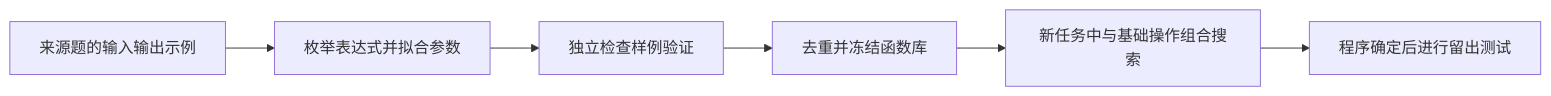
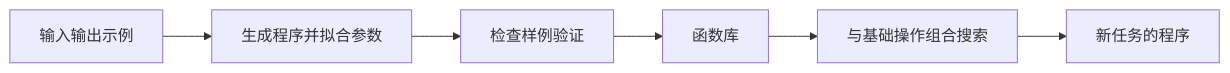
Before and after one commit to nijinhai/reusable-program-library: the diagram in README.md, drawn with Mermaid. The commit also changed other lines of this file and 3 other files, not shown here.

````diff
--- a/README.md
+++ b/README.md
@@ -30,8 +43,8 @@
 ```mermaid
 flowchart LR
-    A[来源题的输入输出示例] --> B[枚举表达式并拟合参数]
-    B --> C[独立检查样例验证]
-    C --> D[去重并冻结函数库]
-    D --> E[新任务中与基础操作组合搜索]
-    E --> F[程序确定后进行留出测试]
+    A[输入输出示例] --> B[生成程序并拟合参数]
+    B --> C[检查样例验证]
+    C --> D[函数库]
+    D --> E[与基础操作组合搜索]
+    E --> F[新任务的程序]
 ```
````
